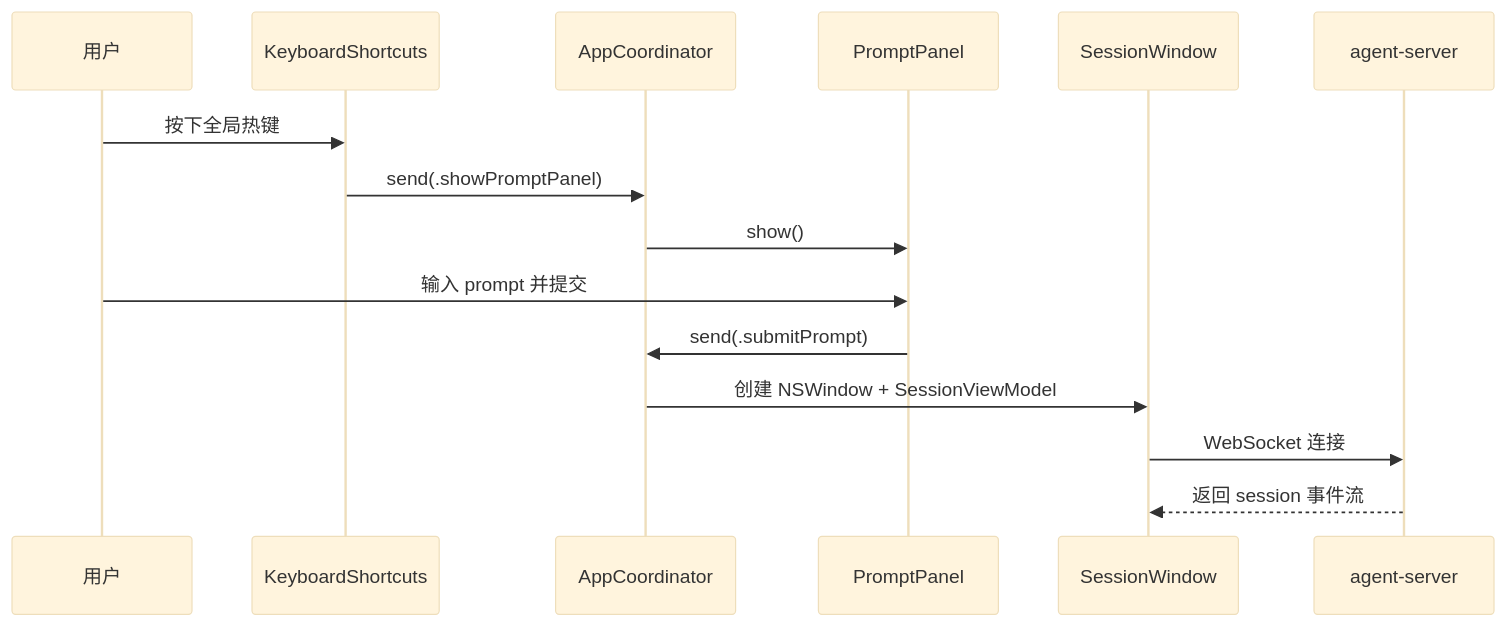
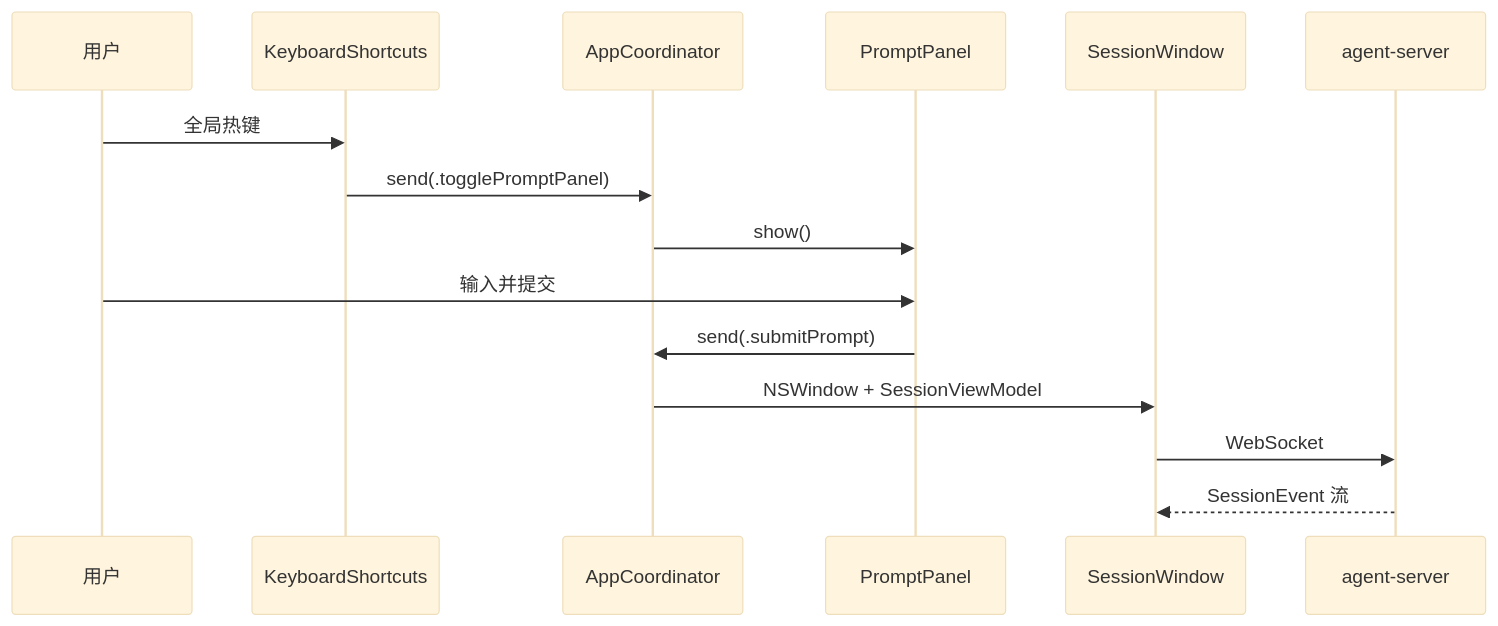
The second of 2 diagrams in apps/desktop/desktop.md (Lixuhang987/SpotAgent), drawn with Mermaid (base theme) before and after one commit. The commit also changed other lines of this file and 13 other files, not shown here.

````diff
--- a/apps/desktop/desktop.md
+++ b/apps/desktop/desktop.md
@@ -183,18 +84,18 @@
 ```mermaid
 sequenceDiagram
   participant User as 用户
   participant Hotkey as KeyboardShortcuts
   participant Coord as AppCoordinator
   participant Panel as PromptPanel
   participant Window as SessionWindow
   participant Server as agent-server
 
-  User->>Hotkey: 按下全局热键
-  Hotkey->>Coord: send(.showPromptPanel)
+  User->>Hotkey: 全局热键
+  Hotkey->>Coord: send(.togglePromptPanel)
   Coord->>Panel: show()
-  User->>Panel: 输入 prompt 并提交
+  User->>Panel: 输入并提交
   Panel->>Coord: send(.submitPrompt)
-  Coord->>Window: 创建 NSWindow + SessionViewModel
-  Window->>Server: WebSocket 连接
-  Server-->>Window: 返回 session 事件流
+  Coord->>Window: NSWindow + SessionViewModel
+  Window->>Server: WebSocket
+  Server-->>Window: SessionEvent 流
 ```
````
